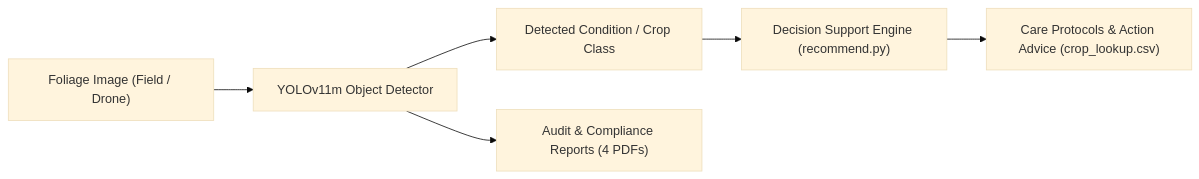
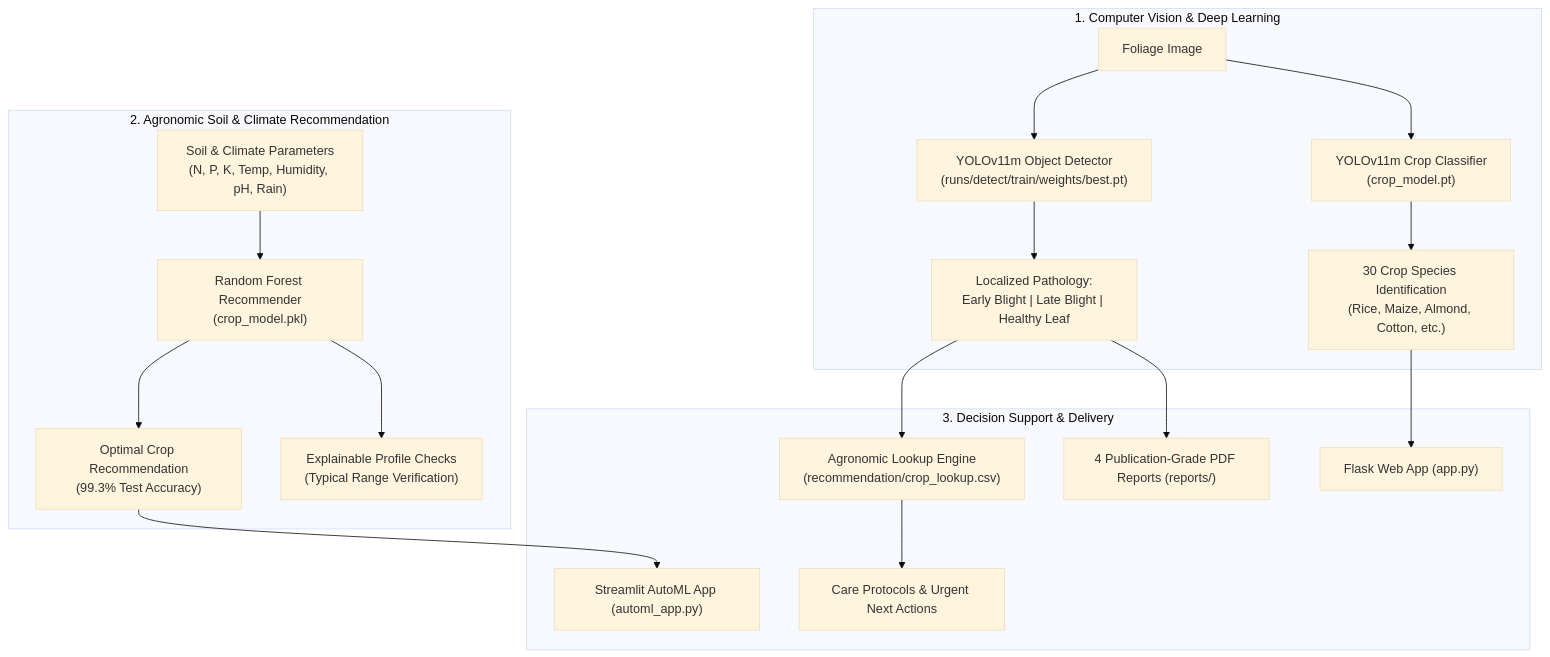
Before and after one commit to shettyprateek045-glitch/CommunityProject: the diagram in README.md, drawn with Mermaid (base theme). The commit also changed other lines of this file and 1704 other files, not shown here.

Commit message:
Integrate YOLOv11m crop classification, Random Forest recommendation engine, multi-model verification suite, and updated documentation

````diff
--- a/README.md
+++ b/README.md
@@ -21,8 +22,23 @@
 ```mermaid
-flowchart LR
-    A["Foliage Image (Field / Drone)"] --> B["YOLOv11m Object Detector"]
-    B --> C["Detected Condition / Crop Class"]
-    C --> D["Decision Support Engine (recommend.py)"]
-    D --> E["Care Protocols & Action Advice (crop_lookup.csv)"]
-    B --> F["Audit & Compliance Reports (4 PDFs)"]
+flowchart TD
+    subgraph VisionPipeline["1. Computer Vision & Deep Learning"]
+        A["Foliage Image"] --> B["YOLOv11m Object Detector\n(runs/detect/train/weights/best.pt)"]
+        B --> C["Localized Pathology:\nEarly Blight | Late Blight | Healthy Leaf"]
+        A --> D["YOLOv11m Crop Classifier\n(crop_model.pt)"]
+        D --> E["30 Crop Species Identification\n(Rice, Maize, Almond, Cotton, etc.)"]
+    end
+
+    subgraph TabularML["2. Agronomic Soil & Climate Recommendation"]
+        F["Soil & Climate Parameters\n(N, P, K, Temp, Humidity, pH, Rain)"] --> G["Random Forest Recommender\n(crop_model.pkl)"]
+        G --> H["Optimal Crop Recommendation\n(99.3% Test Accuracy)"]
+        G --> I["Explainable Profile Checks\n(Typical Range Verification)"]
+    end
+
+    subgraph DecisionEngine["3. Decision Support & Delivery"]
+        C --> J["Agronomic Lookup Engine\n(recommendation/crop_lookup.csv)"]
+        J --> K["Care Protocols & Urgent Next Actions"]
+        E --> L["Flask Web App (app.py)"]
+        H --> M["Streamlit AutoML App (automl_app.py)"]
+        C --> N["4 Publication-Grade PDF Reports (reports/)"]
+    end
 ```
````
